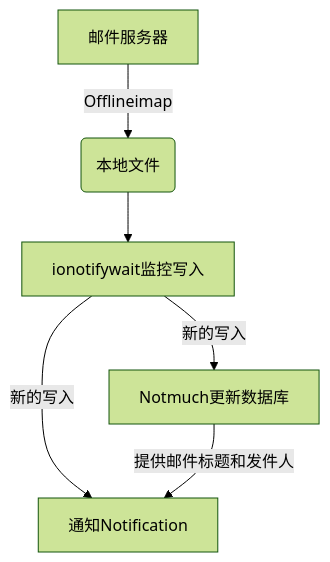
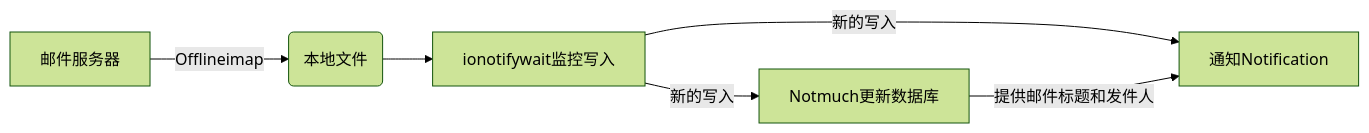
Before and after one commit to Kzinux/kzinux.github.io: the diagram in _posts/2020-11-04-Offlineimap-Mail-Notification.md, drawn with Mermaid (forest theme).

Commit message:
Edit post

```diff
--- a/_posts/2020-11-04-Offlineimap-Mail-Notification.md
+++ b/_posts/2020-11-04-Offlineimap-Mail-Notification.md
@@ -20,8 +20,8 @@
 <div class="mermaid">
-graph TD;
+graph LR;
 A[邮件服务器] -->|Offlineimap|B(本地文件);
     B --> C[ionotifywait监控写入];
     C -->|新的写入| D[通知Notification];
     C -->|新的写入| E[Notmuch更新数据库];
     E -->|提供邮件标题和发件人| D;
 </div>
```
